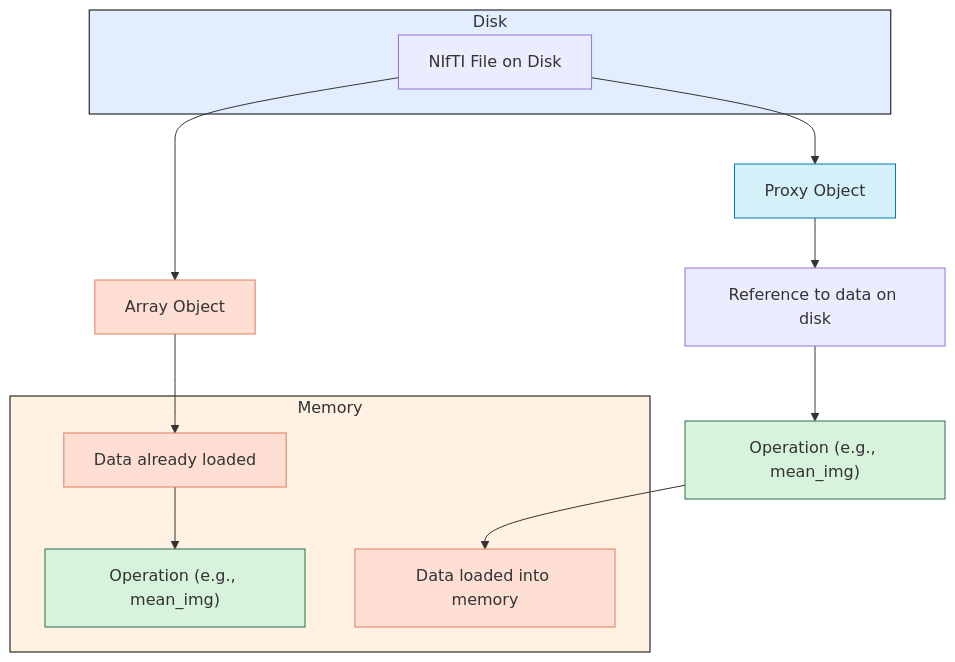
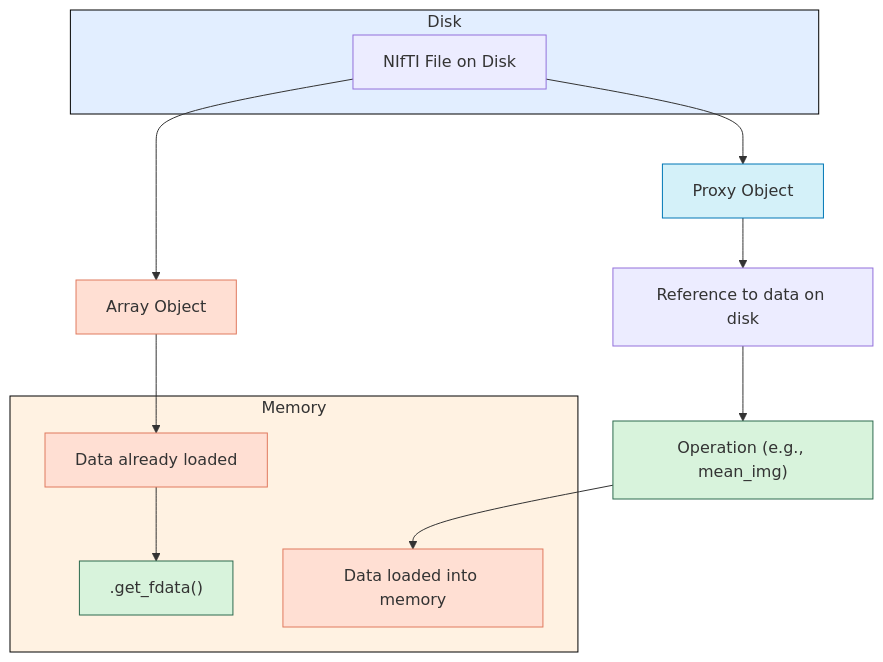
The diagram in doc/building_blocks/performance_comparison.rst (nilearn/nilearn), drawn with Mermaid before and after one commit. The commit also changed other lines of this file, not shown here.

Commit message:
mention get_fdata

```diff
--- a/doc/building_blocks/performance_comparison.rst
+++ b/doc/building_blocks/performance_comparison.rst
@@ -39,36 +40,36 @@
 .. mermaid::
 
     flowchart TD
         subgraph "Disk"
             style Disk fill:#e2eeff,stroke:#000000
             NiftiFile["NIfTI File on Disk"]
         end
 
         ProxyObj["Proxy Object"]
         ProxyRef["Reference to data on disk"]
         OpFunction["Operation (e.g., mean_img)"]
 
         ArrayObj["Array Object"]
 
         subgraph "Memory"
             style Memory fill:#fff2e2,stroke:#000000
             MemData["Data already loaded"]
-            ArrayOp["Operation (e.g., mean_img)"]
+            ArrayOp[".get_fdata()"]
             LoadedData["Data loaded into memory"]
         end
 
         NiftiFile --> ProxyObj
         ProxyObj --> ProxyRef
         ProxyRef --> OpFunction
         OpFunction --> LoadedData
 
         NiftiFile --> ArrayObj
         ArrayObj --> MemData
         MemData --> ArrayOp
 
         style ProxyObj fill:#d4f1f9,stroke:#0077b6
         style ArrayObj fill:#ffdfd3,stroke:#e07a5f
         style OpFunction fill:#d8f3dc,stroke:#2d6a4f
         style ArrayOp fill:#d8f3dc,stroke:#2d6a4f
         style LoadedData fill:#ffdfd3,stroke:#e07a5f
         style MemData fill:#ffdfd3,stroke:#e07a5f
```
